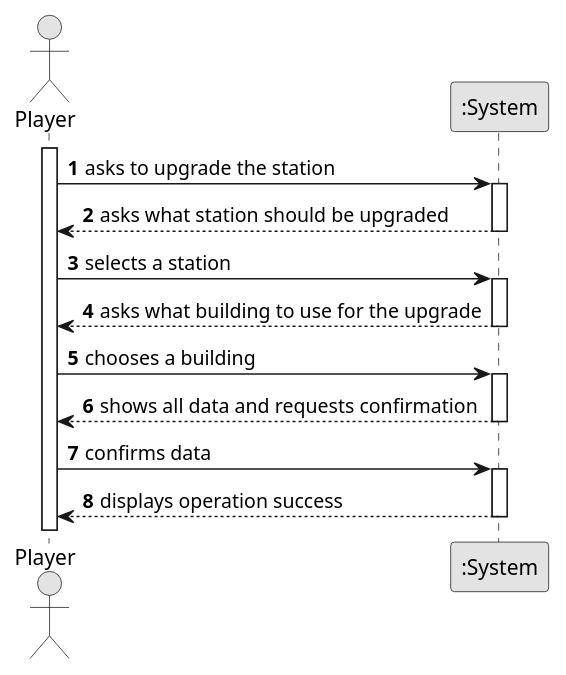
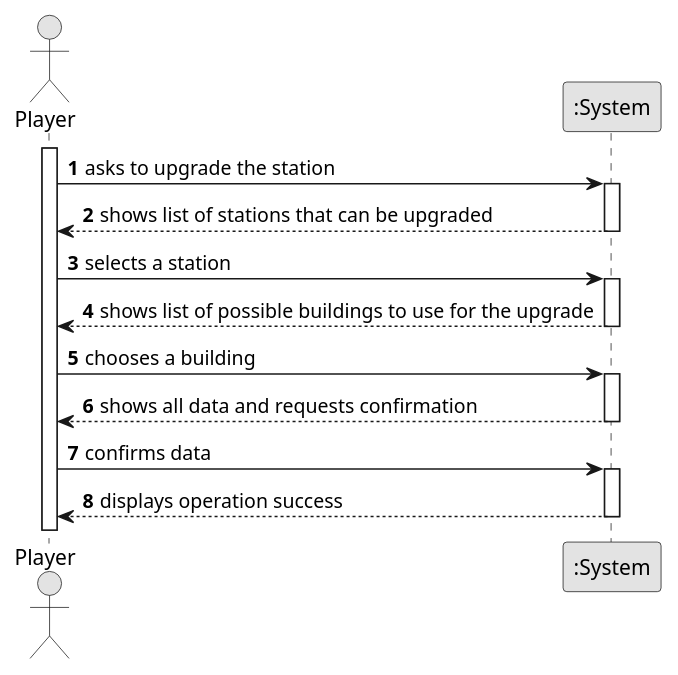
The diagram in docs/system-documentation/US006/01.requirements-engineering/puml/US006-SSD.puml (1240826/empire-on-tracks), drawn with PlantUML before and after one commit. The commit also changed 6 other files, not shown here.

```diff
--- a/docs/system-documentation/US006/01.requirements-engineering/puml/US006-SSD.puml
+++ b/docs/system-documentation/US006/01.requirements-engineering/puml/US006-SSD.puml
@@ -1,36 +1,36 @@
 @startuml
 skinparam monochrome true
 skinparam packageStyle rectangle
 skinparam shadowing false
 
 autonumber
 
 actor "Player" as Employee
 participant ":System" as System
 
 activate Employee
 
     Employee -> System : asks to upgrade the station
     activate System
 
-        System --> Employee : asks what station should be upgraded
+        System --> Employee : shows list of stations that can be upgraded
     deactivate System
 
     Employee -> System : selects a station
     activate System
 
-        System --> Employee : asks what building to use for the upgrade
+        System --> Employee : shows list of possible buildings to use for the upgrade
     deactivate System
 
     Employee -> System : chooses a building
     activate System
 
         System --> Employee : shows all data and requests confirmation
     deactivate System
 
     Employee -> System : confirms data
     activate System
 
         System --> Employee : displays operation success
     deactivate System
 @enduml
```
